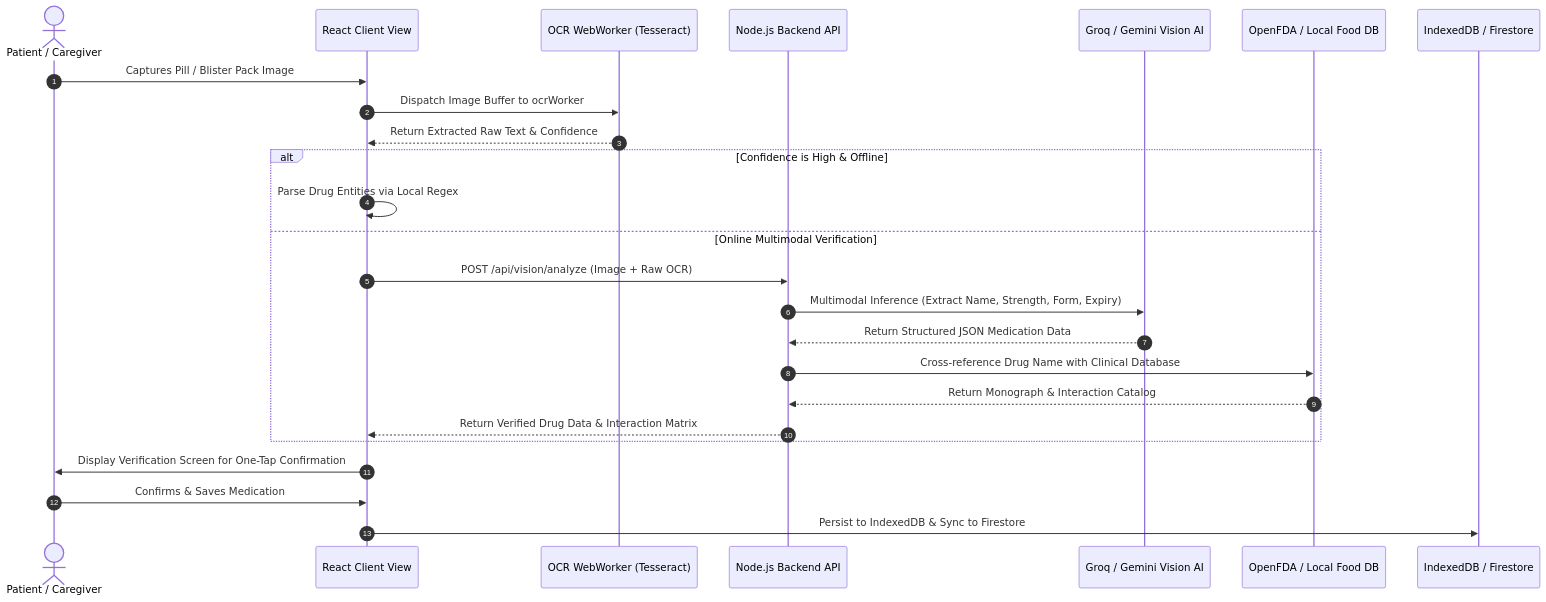
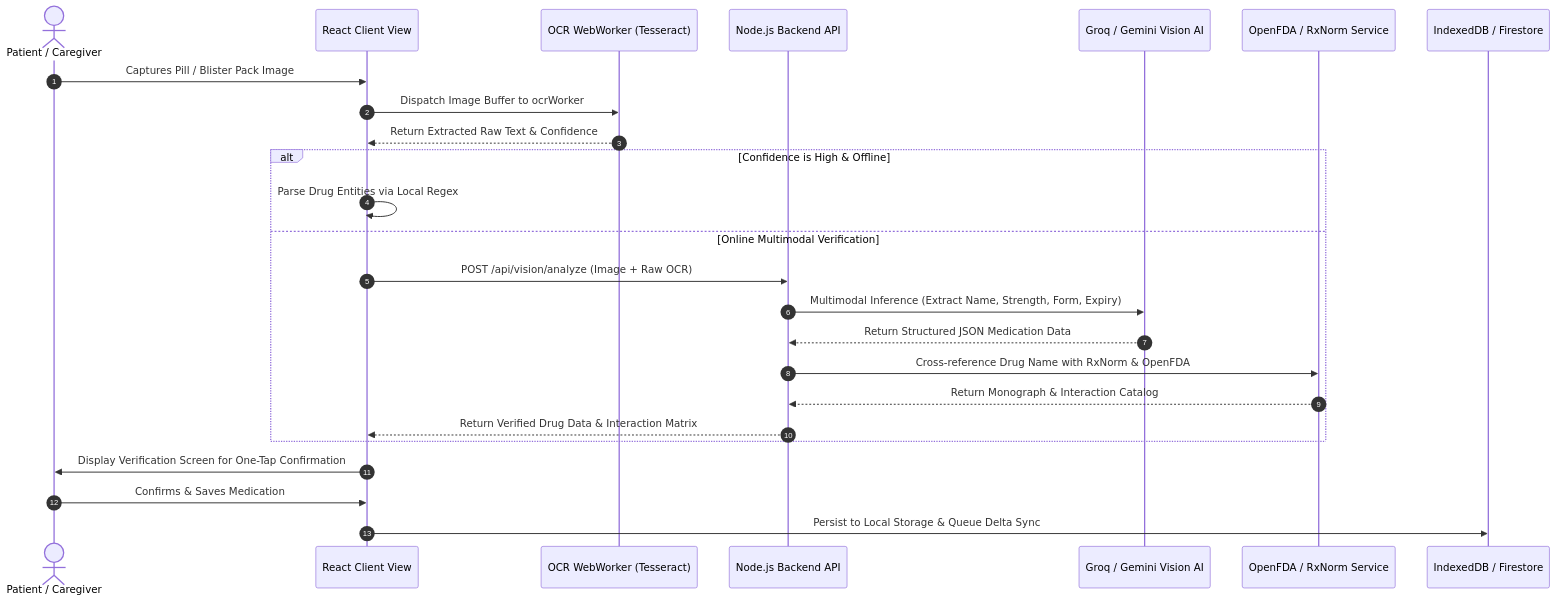
The second of 5 diagrams in project_proposal.md (EmmahOwens/dawa-lens), drawn with Mermaid before and after one commit. The commit also changed other lines of this file and 8 other files, not shown here.

Commit message:
refactor: update graph analysis report and prune community labels

````diff
--- a/project_proposal.md
+++ b/project_proposal.md
@@ -352,30 +405,30 @@
 ```mermaid
 sequenceDiagram
     autonumber
     actor User as Patient / Caregiver
     participant UI as React Client View
     participant Worker as OCR WebWorker (Tesseract)
     participant Server as Node.js Backend API
     participant LLM as Groq / Gemini Vision AI
-    participant FDA as OpenFDA / Local Food DB
+    participant FDA as OpenFDA / RxNorm Service
     participant Cache as IndexedDB / Firestore
 
     User->>UI: Captures Pill / Blister Pack Image
     UI->>Worker: Dispatch Image Buffer to ocrWorker
     Worker-->>UI: Return Extracted Raw Text & Confidence
     
     alt Confidence is High & Offline
         UI->>UI: Parse Drug Entities via Local Regex
     else Online Multimodal Verification
         UI->>Server: POST /api/vision/analyze (Image + Raw OCR)
         Server->>LLM: Multimodal Inference (Extract Name, Strength, Form, Expiry)
         LLM-->>Server: Return Structured JSON Medication Data
-        Server->>FDA: Cross-reference Drug Name with Clinical Database
+        Server->>FDA: Cross-reference Drug Name with RxNorm & OpenFDA
         FDA-->>Server: Return Monograph & Interaction Catalog
         Server-->>UI: Return Verified Drug Data & Interaction Matrix
     end
 
     UI->>User: Display Verification Screen for One-Tap Confirmation
     User->>UI: Confirms & Saves Medication
-    UI->>Cache: Persist to IndexedDB & Sync to Firestore
+    UI->>Cache: Persist to Local Storage & Queue Delta Sync
 ```
````
